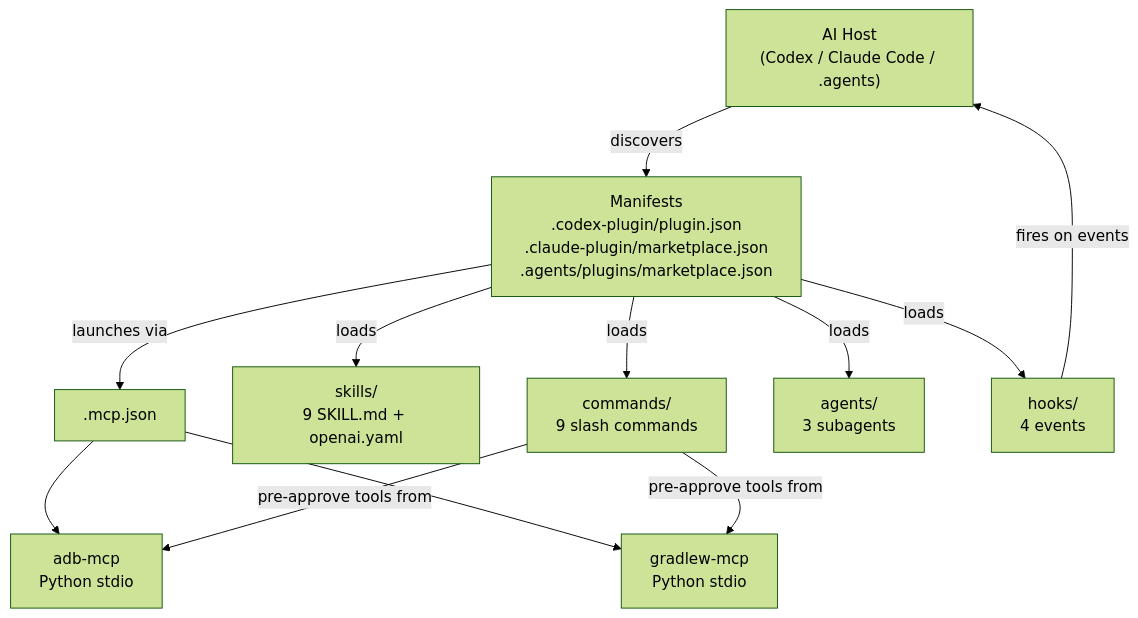
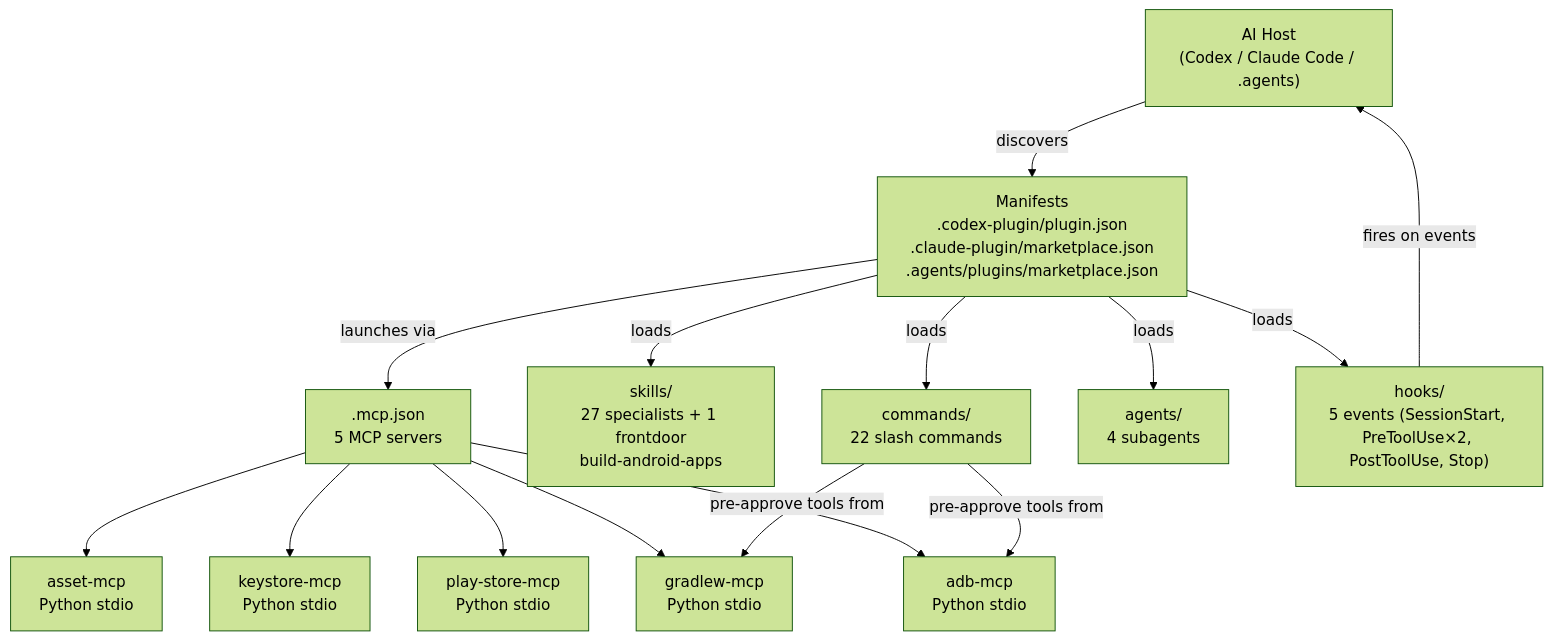
Before and after one commit to mitunmanav/build-android-apps: the diagram in docs/ARCHITECTURE.md, drawn with Mermaid (forest theme). The commit also changed other lines of this file and 101 other files, not shown here.

````diff
--- a/docs/ARCHITECTURE.md
+++ b/docs/ARCHITECTURE.md
@@ -3,24 +3,30 @@
 ```mermaid
 graph TB
     Host["AI Host<br/>(Codex / Claude Code / .agents)"]
     Manifests["Manifests<br/>.codex-plugin/plugin.json<br/>.claude-plugin/marketplace.json<br/>.agents/plugins/marketplace.json"]
-    MCP[".mcp.json"]
-    Skills["skills/<br/>9 SKILL.md + openai.yaml"]
-    Cmds["commands/<br/>9 slash commands"]
-    Agents["agents/<br/>3 subagents"]
-    Hooks["hooks/<br/>4 events"]
+    MCP[".mcp.json<br/>5 MCP servers"]
+    Skills["skills/<br/>27 specialists + 1 frontdoor<br/>build-android-apps"]
+    Cmds["commands/<br/>22 slash commands"]
+    Agents["agents/<br/>4 subagents"]
+    Hooks["hooks/<br/>5 events (SessionStart, PreToolUse×2, PostToolUse, Stop)"]
     adb_mcp["adb-mcp<br/>Python stdio"]
     gradlew_mcp["gradlew-mcp<br/>Python stdio"]
+    play_store_mcp["play-store-mcp<br/>Python stdio"]
+    keystore_mcp["keystore-mcp<br/>Python stdio"]
+    asset_mcp["asset-mcp<br/>Python stdio"]
 
     Host -->|discovers| Manifests
     Manifests -->|loads| Skills
     Manifests -->|loads| Cmds
     Manifests -->|loads| Agents
     Manifests -->|loads| Hooks
     Manifests -->|launches via| MCP
     MCP --> adb_mcp
     MCP --> gradlew_mcp
+    MCP --> play_store_mcp
+    MCP --> keystore_mcp
+    MCP --> asset_mcp
     Cmds -->|pre-approve tools from| adb_mcp
     Cmds -->|pre-approve tools from| gradlew_mcp
     Hooks -->|fires on events| Host
 ```
````
